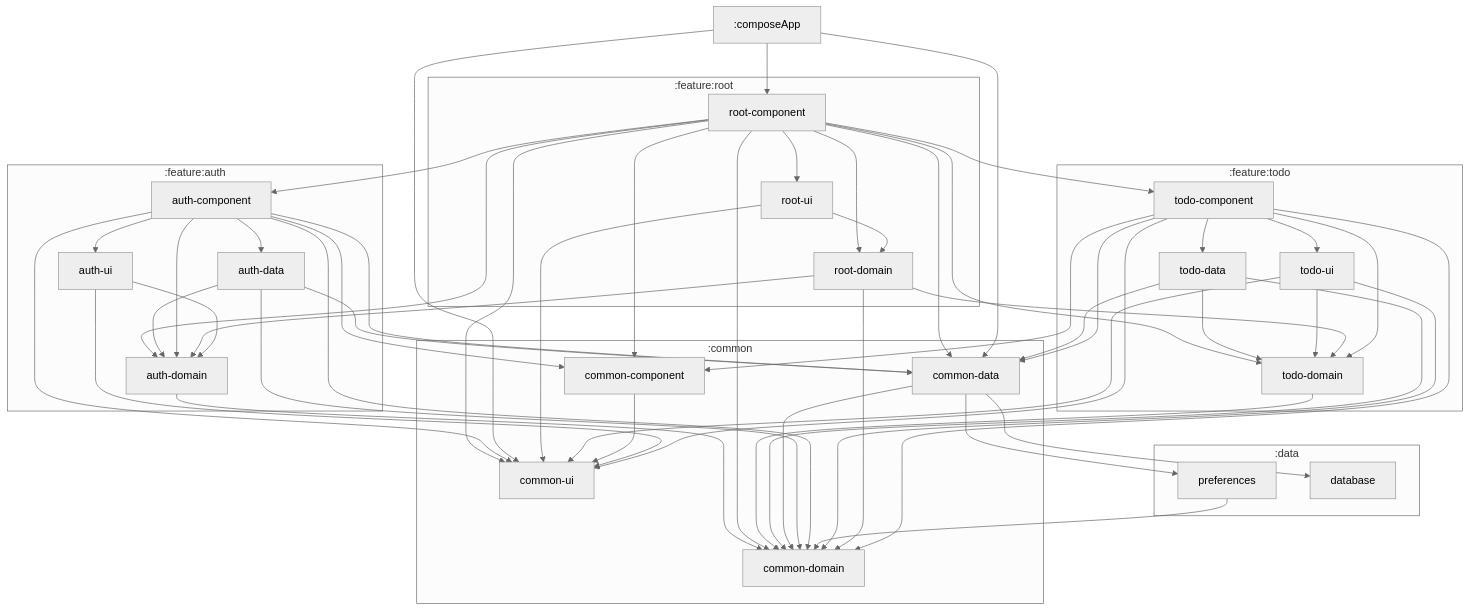
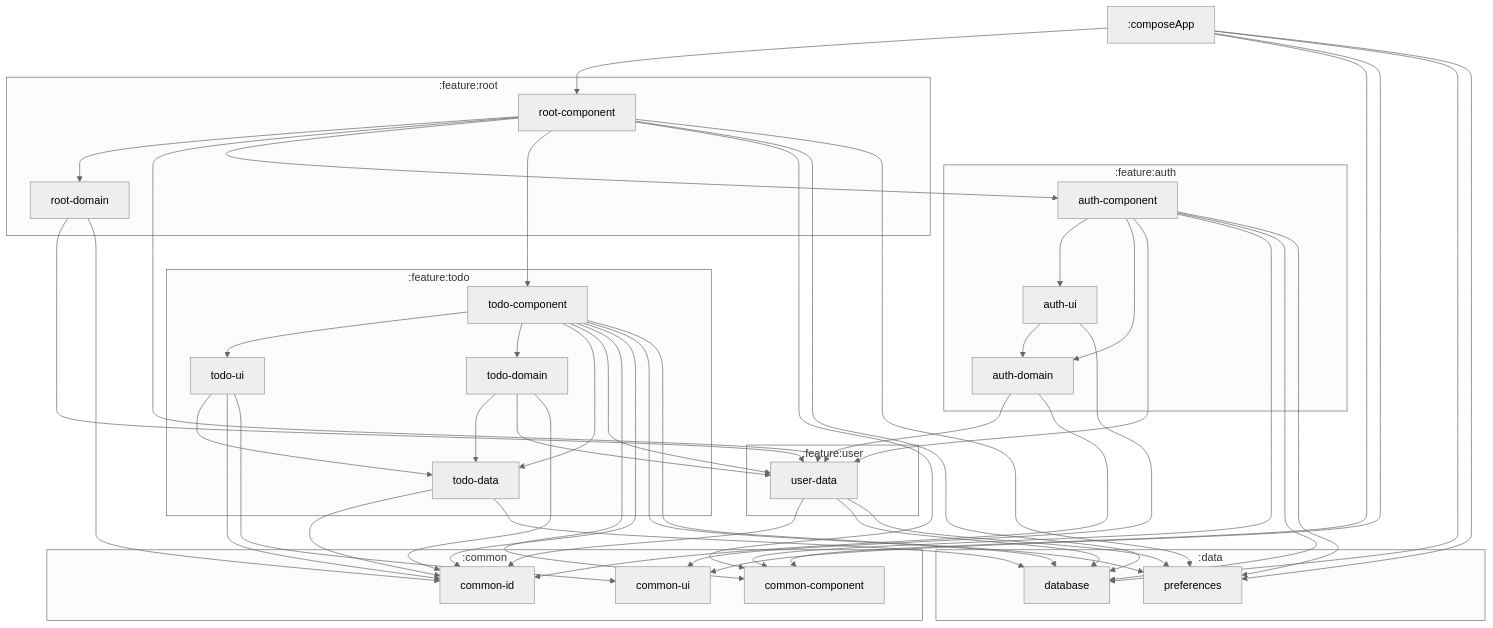
The diagram in README.MD (VasilyRylov/architecture-samples), drawn with Mermaid before and after one commit. The commit also changed other lines of this file and 1 other file, not shown here.

Commit message:
Update module graph in README.MD

````diff
--- a/README.MD
+++ b/README.MD
@@ -33,23 +33,20 @@
 graph TB
   subgraph :common
     :common:common-component["common-component"]
-    :common:common-domain["common-domain"]
+    :common:common-id["common-id"]
     :common:common-ui["common-ui"]
-    :common:common-data["common-data"]
   end
   subgraph :data
+    :data:database["database"]
     :data:preferences["preferences"]
-    :data:database["database"]
   end
   subgraph :feature:auth
     :feature:auth:auth-ui["auth-ui"]
     :feature:auth:auth-domain["auth-domain"]
     :feature:auth:auth-component["auth-component"]
-    :feature:auth:auth-data["auth-data"]
   end
   subgraph :feature:root
     :feature:root:root-domain["root-domain"]
-    :feature:root:root-ui["root-ui"]
     :feature:root:root-component["root-component"]
   end
   subgraph :feature:todo
@@ -58,54 +55,50 @@
     :feature:todo:todo-domain["todo-domain"]
     :feature:todo:todo-data["todo-data"]
   end
+  subgraph :feature:user
+    :feature:user:user-data["user-data"]
+  end
   :feature:todo:todo-component --> :feature:todo:todo-ui
   :feature:todo:todo-component --> :feature:todo:todo-domain
   :feature:todo:todo-component --> :feature:todo:todo-data
+  :feature:todo:todo-component --> :feature:user:user-data
   :feature:todo:todo-component --> :common:common-component
-  :feature:todo:todo-component --> :common:common-domain
-  :feature:todo:todo-component --> :common:common-ui
-  :feature:todo:todo-component --> :common:common-data
+  :feature:todo:todo-component --> :common:common-id
+  :feature:todo:todo-component --> :data:database
+  :feature:todo:todo-component --> :data:preferences
+  :feature:auth:auth-ui --> :feature:auth:auth-domain
   :feature:auth:auth-ui --> :common:common-ui
-  :feature:auth:auth-ui --> :feature:auth:auth-domain
-  :feature:root:root-domain --> :common:common-domain
-  :feature:root:root-domain --> :feature:auth:auth-domain
-  :feature:root:root-domain --> :feature:todo:todo-domain
-  :common:common-component --> :common:common-ui
+  :feature:root:root-domain --> :feature:user:user-data
+  :feature:root:root-domain --> :common:common-id
+  :feature:todo:todo-ui --> :feature:todo:todo-data
+  :feature:todo:todo-ui --> :common:common-id
   :feature:todo:todo-ui --> :common:common-ui
-  :feature:todo:todo-ui --> :common:common-domain
-  :feature:todo:todo-ui --> :feature:todo:todo-domain
-  :feature:root:root-ui --> :common:common-ui
-  :feature:root:root-ui --> :feature:root:root-domain
-  :data:preferences --> :common:common-domain
   :composeApp --> :feature:root:root-component
+  :composeApp --> :common:common-component
   :composeApp --> :common:common-ui
-  :composeApp --> :common:common-data
+  :composeApp --> :data:database
+  :composeApp --> :data:preferences
+  :feature:user:user-data --> :common:common-id
+  :feature:user:user-data --> :data:database
+  :feature:user:user-data --> :data:preferences
   :feature:auth:auth-component --> :feature:auth:auth-ui
   :feature:auth:auth-component --> :feature:auth:auth-domain
-  :feature:auth:auth-component --> :feature:auth:auth-data
+  :feature:auth:auth-component --> :feature:user:user-data
   :feature:auth:auth-component --> :common:common-component
-  :feature:auth:auth-component --> :common:common-ui
-  :feature:auth:auth-component --> :common:common-domain
-  :feature:auth:auth-component --> :common:common-data
-  :feature:auth:auth-data --> :feature:auth:auth-domain
-  :feature:auth:auth-data --> :common:common-domain
-  :feature:auth:auth-data --> :common:common-data
-  :common:common-data --> :data:preferences
-  :common:common-data --> :data:database
-  :common:common-data --> :common:common-domain
-  :feature:todo:todo-data --> :feature:todo:todo-domain
-  :feature:todo:todo-data --> :common:common-domain
-  :feature:todo:todo-data --> :common:common-data
-  :feature:todo:todo-domain --> :common:common-domain
-  :feature:root:root-component --> :feature:root:root-ui
+  :feature:auth:auth-component --> :data:database
+  :feature:auth:auth-component --> :data:preferences
+  :feature:todo:todo-data --> :common:common-id
+  :feature:todo:todo-data --> :data:database
+  :feature:todo:todo-domain --> :feature:todo:todo-data
+  :feature:todo:todo-domain --> :feature:user:user-data
+  :feature:todo:todo-domain --> :common:common-id
   :feature:root:root-component --> :feature:root:root-domain
+  :feature:root:root-component --> :feature:user:user-data
   :feature:root:root-component --> :feature:auth:auth-component
-  :feature:root:root-component --> :feature:auth:auth-domain
   :feature:root:root-component --> :feature:todo:todo-component
-  :feature:root:root-component --> :feature:todo:todo-domain
   :feature:root:root-component --> :common:common-component
-  :feature:root:root-component --> :common:common-domain
-  :feature:root:root-component --> :common:common-ui
-  :feature:root:root-component --> :common:common-data
-  :feature:auth:auth-domain --> :common:common-domain
+  :feature:root:root-component --> :data:database
+  :feature:root:root-component --> :data:preferences
+  :feature:auth:auth-domain --> :feature:user:user-data
+  :feature:auth:auth-domain --> :common:common-id
 ```
````
